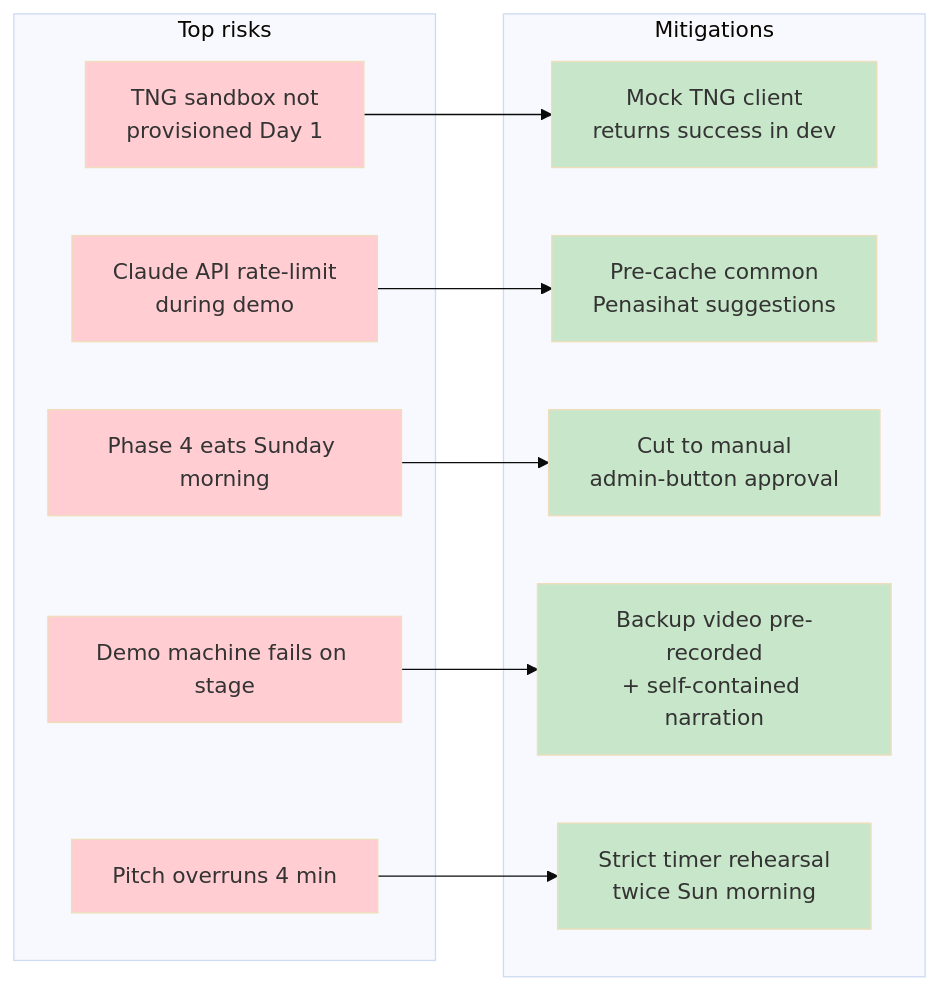
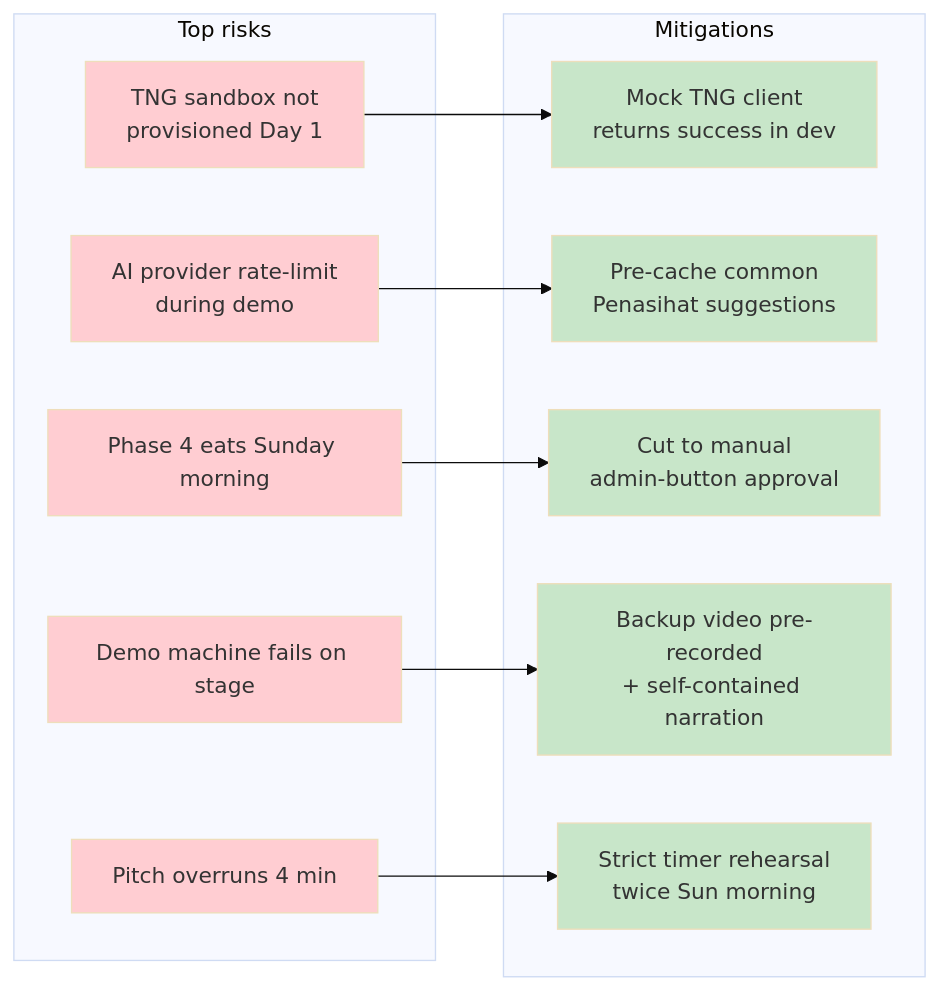
The eighth of 10 diagrams in docs/product/PRD-flow.md (Zen0space/R2-D2-Finhack), drawn with Mermaid (base theme) before and after one commit. The commit also changed other lines of this file and 23 other files, not shown here.

````diff
--- a/docs/product/PRD-flow.md
+++ b/docs/product/PRD-flow.md
@@ -306,35 +306,35 @@
 ```mermaid
 flowchart LR
     subgraph Risks [Top risks]
         R1["TNG sandbox not<br/>provisioned Day 1"]
-        R2["Claude API rate-limit<br/>during demo"]
+        R2["AI provider rate-limit<br/>during demo"]
         R3["Phase 4 eats Sunday morning"]
         R4["Demo machine fails on stage"]
         R5["Pitch overruns 4 min"]
     end
 
     subgraph Mitigations [Mitigations]
         M1["Mock TNG client<br/>returns success in dev"]
         M2["Pre-cache common<br/>Penasihat suggestions"]
         M3["Cut to manual<br/>admin-button approval"]
         M4["Backup video pre-recorded<br/>+ self-contained narration"]
         M5["Strict timer rehearsal<br/>twice Sun morning"]
     end
 
     R1 --> M1
     R2 --> M2
     R3 --> M3
     R4 --> M4
     R5 --> M5
 
     style R1 fill:#ffcdd2
     style R2 fill:#ffcdd2
     style R3 fill:#ffcdd2
     style R4 fill:#ffcdd2
     style R5 fill:#ffcdd2
     style M1 fill:#c8e6c9
     style M2 fill:#c8e6c9
     style M3 fill:#c8e6c9
     style M4 fill:#c8e6c9
     style M5 fill:#c8e6c9
 ```
````
